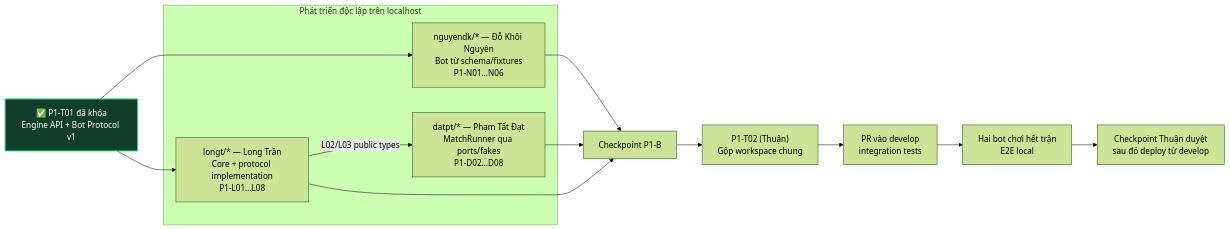
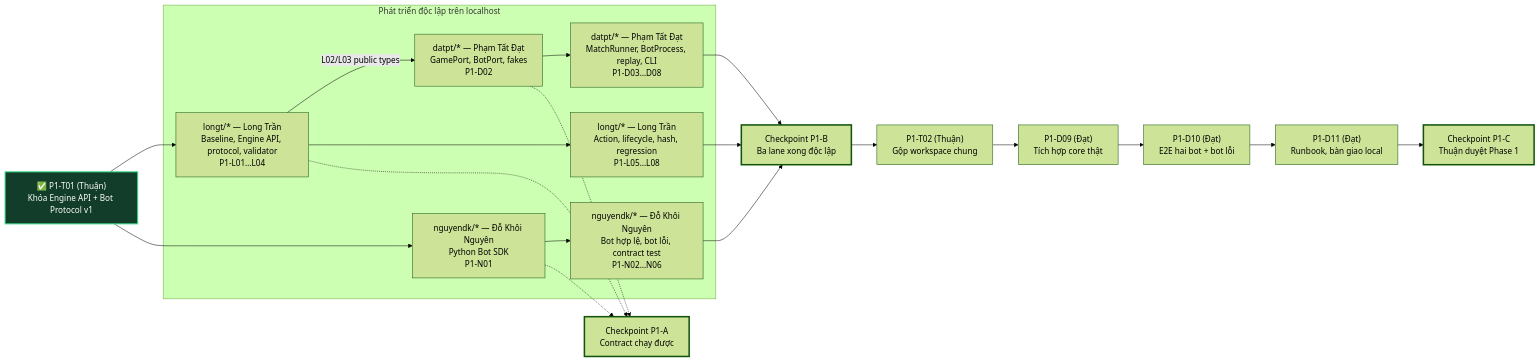
The first of 2 diagrams in docs/team-assignment-phase-1-2.md (sock1000kg/dau-giai-ott), drawn with Mermaid (forest theme) before and after one commit. The commit also changed other lines of this file and 4 other files, not shown here.

First line of the commit message:
docs: vẽ lại sơ đồ luồng thành hai phase và cập nhật AI context

````diff
--- a/docs/team-assignment-phase-1-2.md
+++ b/docs/team-assignment-phase-1-2.md
@@ -85,27 +89,36 @@
 ```mermaid
 flowchart LR
-    C["✅ P1-T01 đã khóa<br/>Engine API + Bot Protocol v1"]
-    W["P1-T02 (Thuận)<br/>Gộp workspace chung"]
+    T01["✅ P1-T01 (Thuận)<br/>Khóa Engine API + Bot Protocol v1"]
 
-    subgraph LOCAL["Phát triển độc lập trên localhost"]
-        LO["longt/* — Long Trần<br/>Core + protocol implementation<br/>P1-L01…L08"]
-        NG["nguyendk/* — Đỗ Khôi Nguyên<br/>Bot từ schema/fixtures<br/>P1-N01…N06"]
-        DA["datpt/* — Phạm Tất Đạt<br/>MatchRunner qua ports/fakes<br/>P1-D02…D08"]
+    subgraph LANES["Phát triển độc lập trên localhost"]
+        L1["longt/* — Long Trần<br/>Baseline, Engine API, protocol, validator<br/>P1-L01…L04"]
+        L2["longt/* — Long Trần<br/>Action, lifecycle, hash, regression<br/>P1-L05…L08"]
+        N1["nguyendk/* — Đỗ Khôi Nguyên<br/>Python Bot SDK<br/>P1-N01"]
+        N2["nguyendk/* — Đỗ Khôi Nguyên<br/>Bot hợp lệ, bot lỗi, contract test<br/>P1-N02…N06"]
+        D1["datpt/* — Phạm Tất Đạt<br/>GamePort, BotPort, fakes<br/>P1-D02"]
+        D2["datpt/* — Phạm Tất Đạt<br/>MatchRunner, BotProcess, replay, CLI<br/>P1-D03…D08"]
     end
 
-    C --> NG
-    C --> LO
-    LO -->|L02/L03 public types| DA
+    PA["Checkpoint P1-A<br/>Contract chạy được"]
+    PB["Checkpoint P1-B<br/>Ba lane xong độc lập"]
+    T02["P1-T02 (Thuận)<br/>Gộp workspace chung"]
+    D9["P1-D09 (Đạt)<br/>Tích hợp core thật"]
+    D10["P1-D10 (Đạt)<br/>E2E hai bot + bot lỗi"]
+    D11["P1-D11 (Đạt)<br/>Runbook, bàn giao local"]
+    PC["Checkpoint P1-C<br/>Thuận duyệt Phase 1"]
 
-    LO --> B["Checkpoint P1-B"]
-    NG --> B
-    DA --> B
-    B --> W
-    W --> I["PR vào develop<br/>integration tests"]
-
-    I --> E["Hai bot chơi hết trận<br/>E2E local"]
-    E --> O["Checkpoint Thuận duyệt<br/>sau đó deploy từ develop"]
+    T01 --> L1
+    T01 --> N1
+    L1 -->|L02/L03 public types| D1
+    L1 --> L2
+    N1 --> N2
+    D1 --> D2
+    L1 & N1 & D1 -.-> PA
+    L2 & N2 & D2 --> PB
+    PB --> T02 --> D9 --> D10 --> D11 --> PC
 
     classDef done fill:#123d2a,stroke:#39d98a,color:#ffffff,stroke-width:2px;
-    class C done;
+    classDef gate stroke-width:3px;
+    class T01 done;
+    class PA,PB,PC gate;
 ```
````
